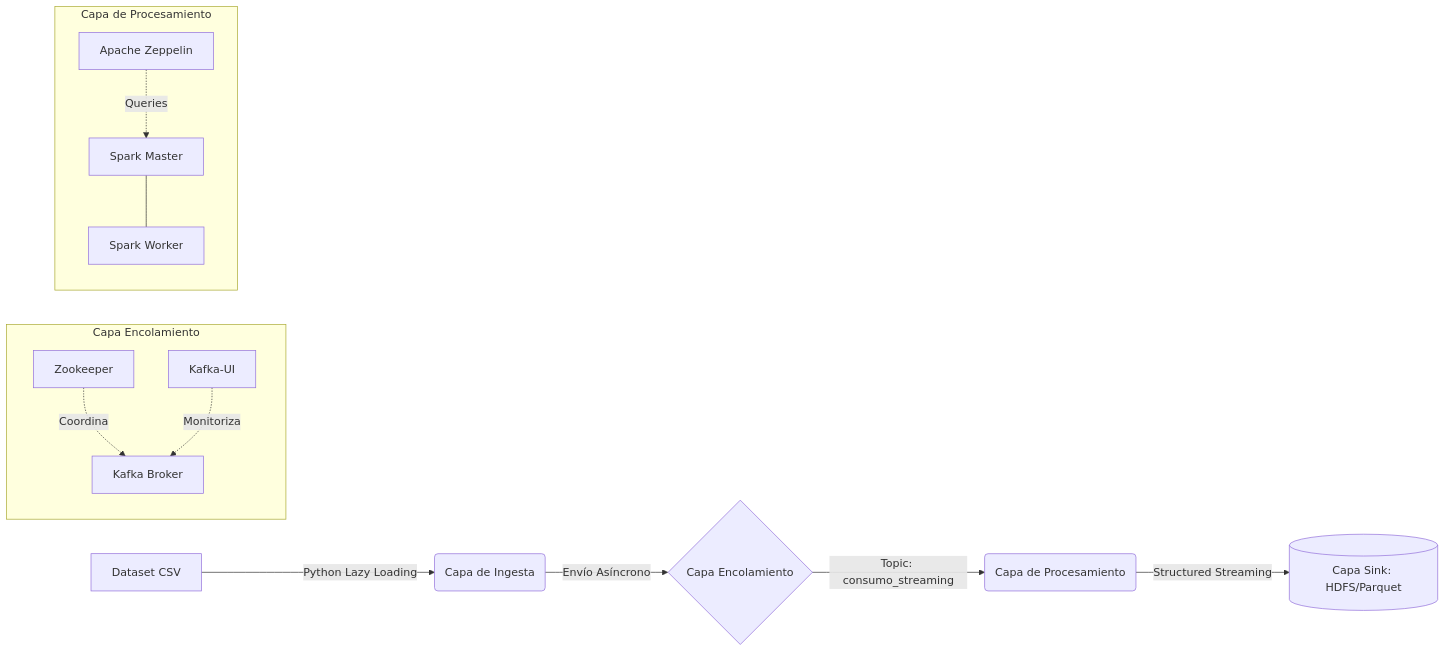
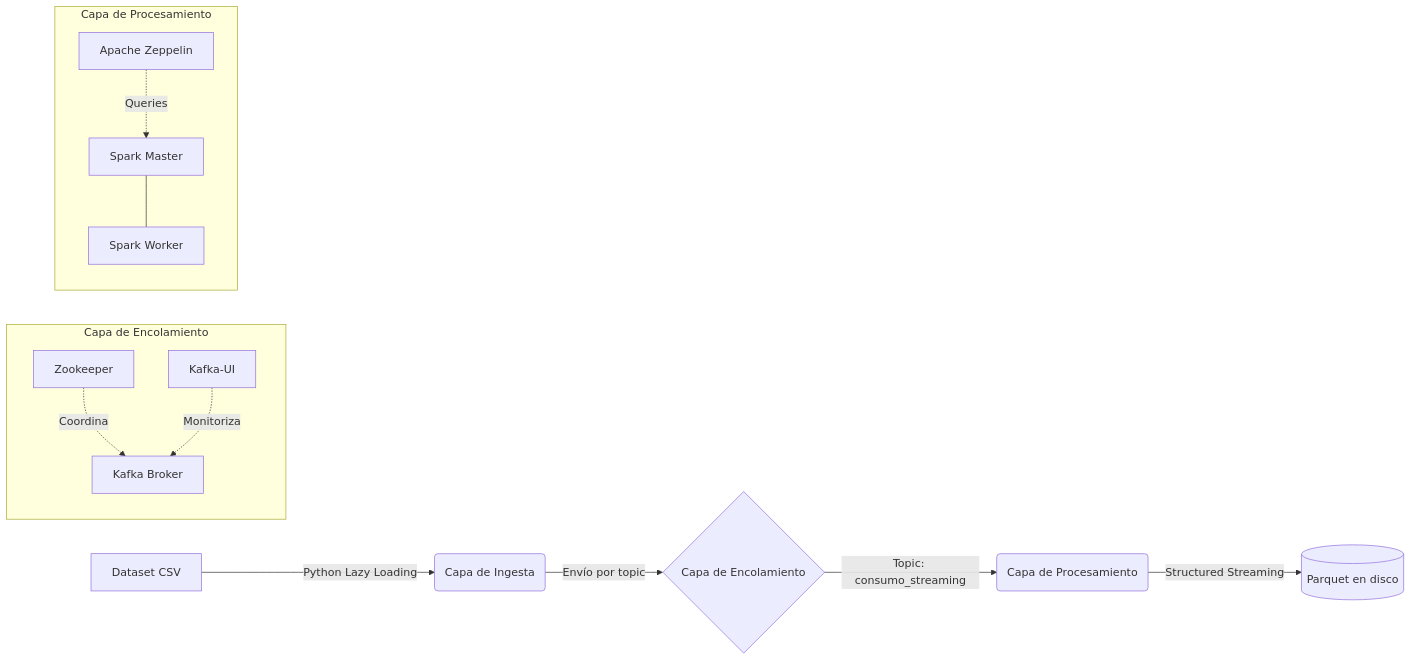
The diagram in MEMORIA_PROYECTO.md (JesusSolisOrtega/proyecto-ampliado), drawn with Mermaid before and after one commit. The commit also changed other lines of this file and 9 other files, not shown here.

````diff
--- a/MEMORIA_PROYECTO.md
+++ b/MEMORIA_PROYECTO.md
@@ -22,19 +22,19 @@
 ```mermaid
 graph LR
     A[Dataset CSV] -->|Python Lazy Loading| B(Capa de Ingesta)
-    B -->|Envío Asíncrono| C{Capa Encolamiento}
+    B -->|Envío por topic| C{Capa de Encolamiento}
     
-    subgraph Capa Encolamiento
+    subgraph Capa de Encolamiento
     Z[Zookeeper] -.->|Coordina| D[Kafka Broker]
     GUI[Kafka-UI] -.->|Monitoriza| D
     end
 
     C -->|Topic: consumo_streaming| E(Capa de Procesamiento)
     
     subgraph Capa de Procesamiento
     F[Spark Master] --- G[Spark Worker]
     H[Apache Zeppelin] -.->|Queries| F
     end
     
-    E -->|Structured Streaming| I[(Capa Sink: HDFS/Parquet)]
+    E -->|Structured Streaming| I[(Parquet en disco)]
 ```
````
